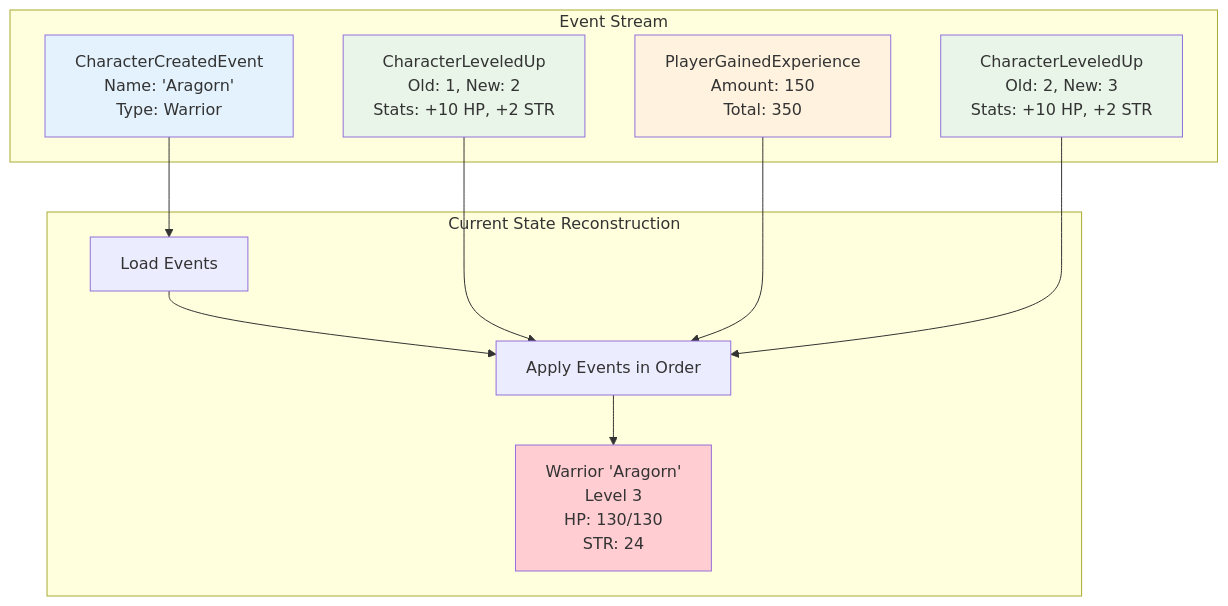
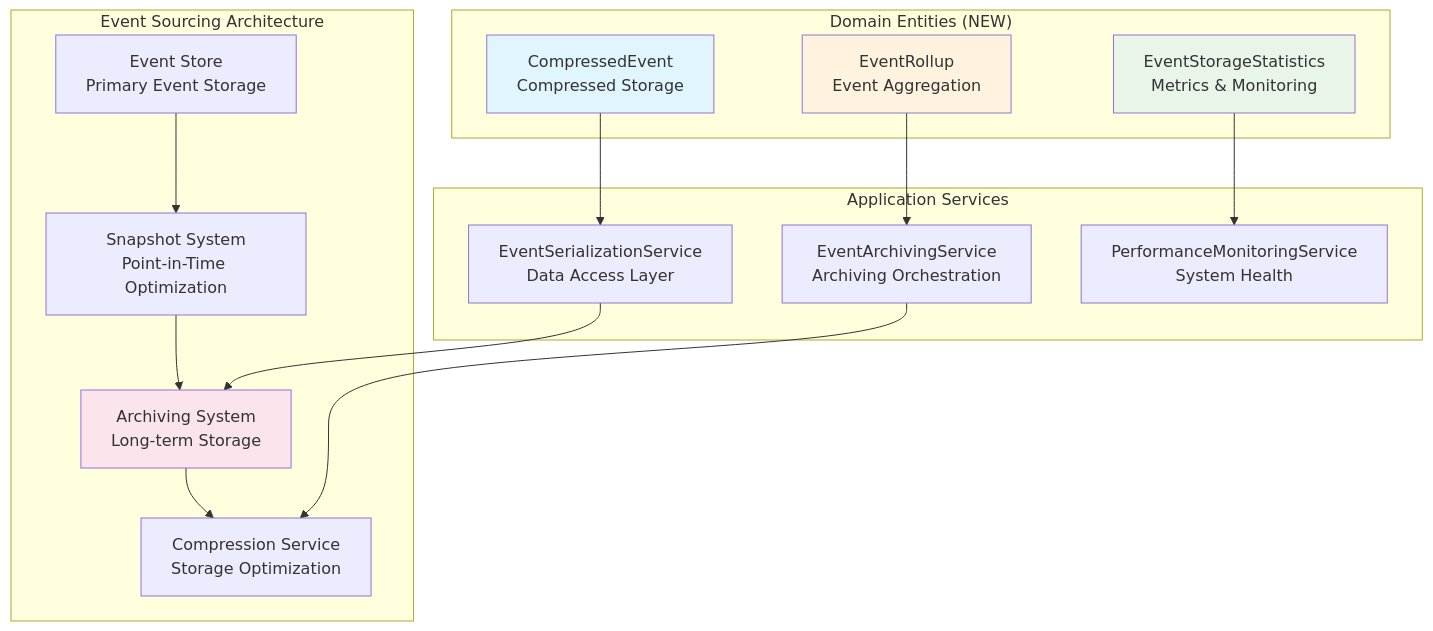
Diagram 27 of 36 in Docs/Readme.md (DawidGrzejek/RpgGame), drawn with Mermaid before and after one commit. The commit also changed other lines of this file and 67 other files, not shown here.

````diff
--- a/Docs/Readme.md
+++ b/Docs/Readme.md
@@ -1488,25 +1494,35 @@
 ```mermaid
 graph TB
-    subgraph "Event Stream"
-        A[CharacterCreatedEvent<br/>Name: 'Aragorn'<br/>Type: Warrior]
-        B[CharacterLeveledUp<br/>Old: 1, New: 2<br/>Stats: +10 HP, +2 STR]
-        C[PlayerGainedExperience<br/>Amount: 150<br/>Total: 350]
-        D[CharacterLeveledUp<br/>Old: 2, New: 3<br/>Stats: +10 HP, +2 STR]
+    subgraph "Event Sourcing Architecture"
+        ES[Event Store<br/>Primary Event Storage]
+        SS[Snapshot System<br/>Point-in-Time Optimization]
+        AS[Archiving System<br/>Long-term Storage]
+        CS[Compression Service<br/>Storage Optimization]
     end
     
-    subgraph "Current State Reconstruction"
-        E[Load Events] --> F[Apply Events in Order]
-        F --> G[Warrior 'Aragorn'<br/>Level 3<br/>HP: 130/130<br/>STR: 24]
+    subgraph "Domain Entities (NEW)"
+        CE[CompressedEvent<br/>Compressed Storage]
+        ER[EventRollup<br/>Event Aggregation]
+        ESS[EventStorageStatistics<br/>Metrics & Monitoring]
     end
     
-    A --> E
-    B --> F
-    C --> F
-    D --> F
+    subgraph "Application Services"
+        ESer[EventSerializationService<br/>Data Access Layer]
+        EAS[EventArchivingService<br/>Archiving Orchestration]
+        PMS[PerformanceMonitoringService<br/>System Health]
+    end
     
-    style A fill:#e3f2fd
-    style B fill:#e8f5e8
-    style C fill:#fff3e0
-    style D fill:#e8f5e8
-    style G fill:#ffcdd2
+    ES --> SS
+    SS --> AS
+    AS --> CS
+    CE --> ESer
+    ER --> EAS
+    ESS --> PMS
+    ESer --> AS
+    EAS --> CS
+    
+    style CE fill:#e1f5fe
+    style ER fill:#fff3e0
+    style ESS fill:#e8f5e8
+    style AS fill:#fce4ec
 ```
````
